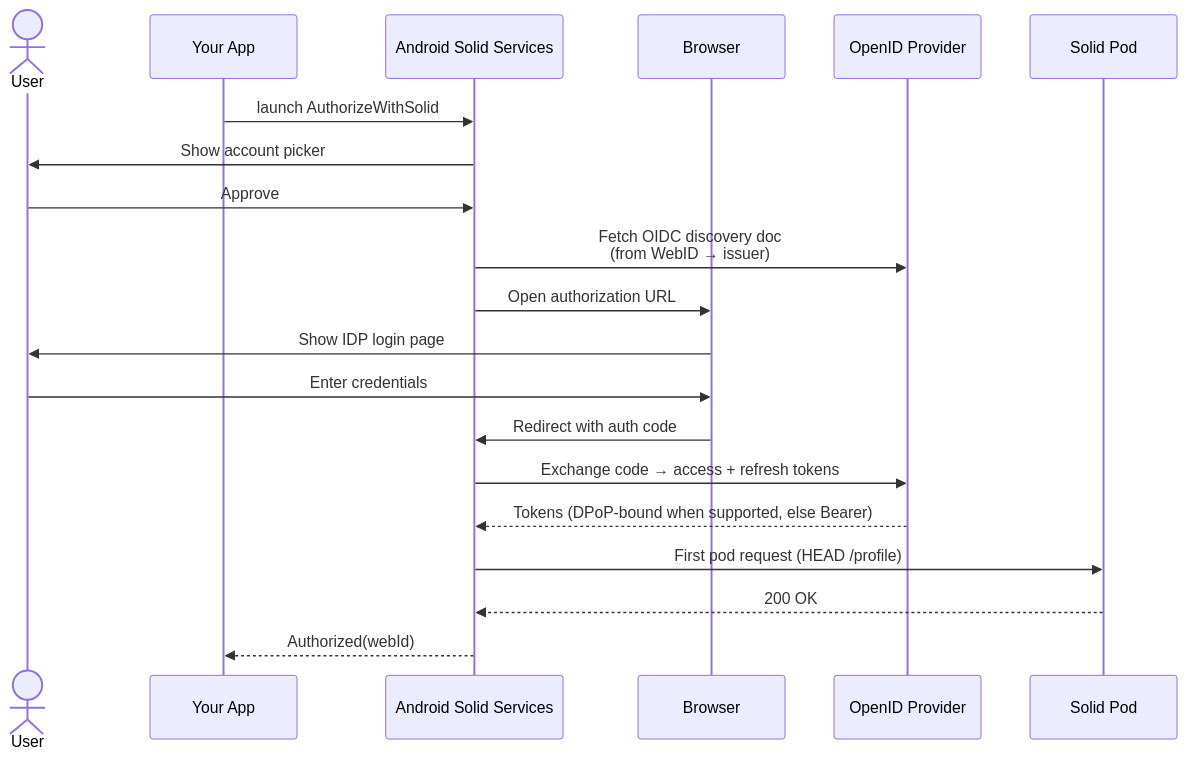
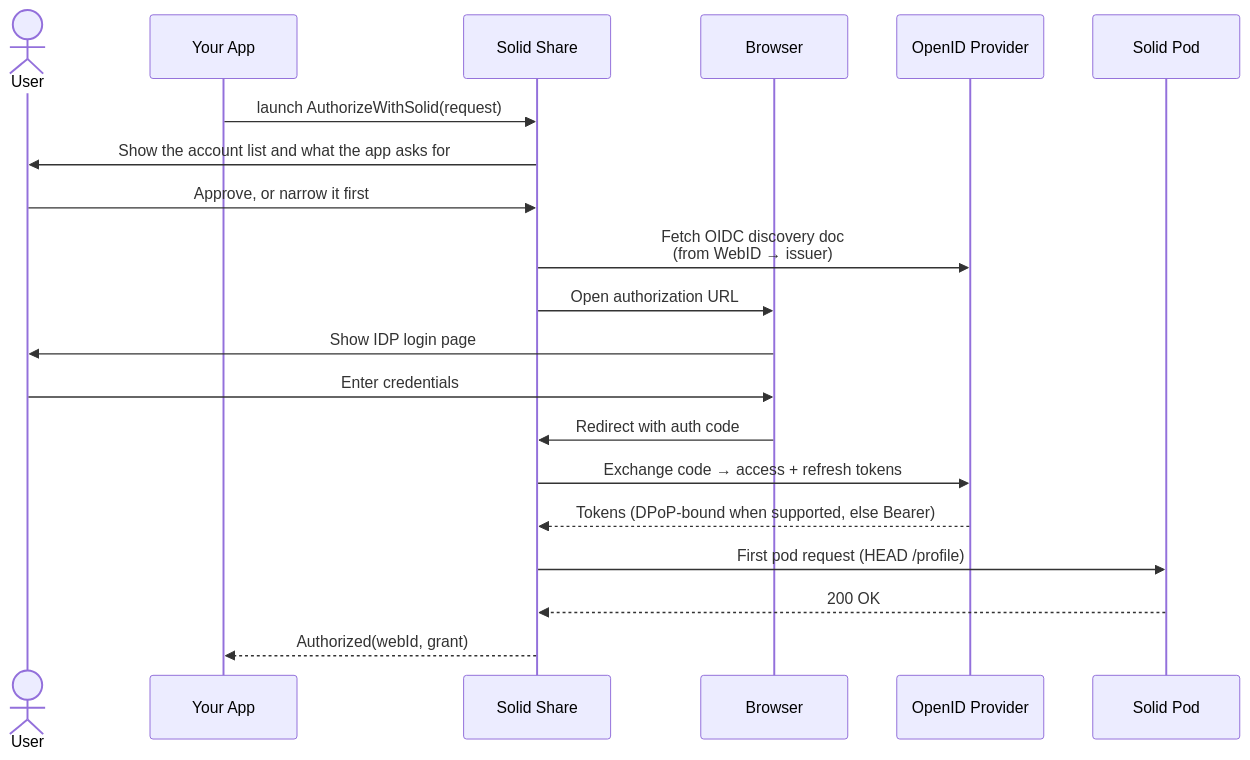
One commit to erfangholami/Android-Solid-Services changed the second of 7 diagrams in docs/start/how-it-works.md. Above: the diagram before and after it, drawn with Mermaid. The commit also changed other lines of this file and 29 other files, not shown here.

Commit message:
Rewrite the documentation for Solid Share as the host, and document app access and hosting

````diff
--- a/docs/start/how-it-works.md
+++ b/docs/start/how-it-works.md
@@ -36,23 +37,23 @@
 ```mermaid
 sequenceDiagram
     actor User
     participant App as Your App
-    participant ASS as Android Solid Services
+    participant ASS as Solid Share
     participant Browser
     participant IDP as OpenID Provider
     participant Pod as Solid Pod
 
-    App->>ASS: launch AuthorizeWithSolid
-    ASS->>User: Show account picker
-    User->>ASS: Approve
+    App->>ASS: launch AuthorizeWithSolid(request)
+    ASS->>User: Show the account list and what the app asks for
+    User->>ASS: Approve, or narrow it first
     ASS->>IDP: Fetch OIDC discovery doc<br/>(from WebID → issuer)
     ASS->>Browser: Open authorization URL
     Browser->>User: Show IDP login page
     User->>Browser: Enter credentials
     Browser->>ASS: Redirect with auth code
     ASS->>IDP: Exchange code → access + refresh tokens
     IDP-->>ASS: Tokens (DPoP-bound when supported, else Bearer)
     ASS->>Pod: First pod request (HEAD /profile)
     Pod-->>ASS: 200 OK
-    ASS-->>App: Authorized(webId)
+    ASS-->>App: Authorized(webId, grant)
 ```
````
